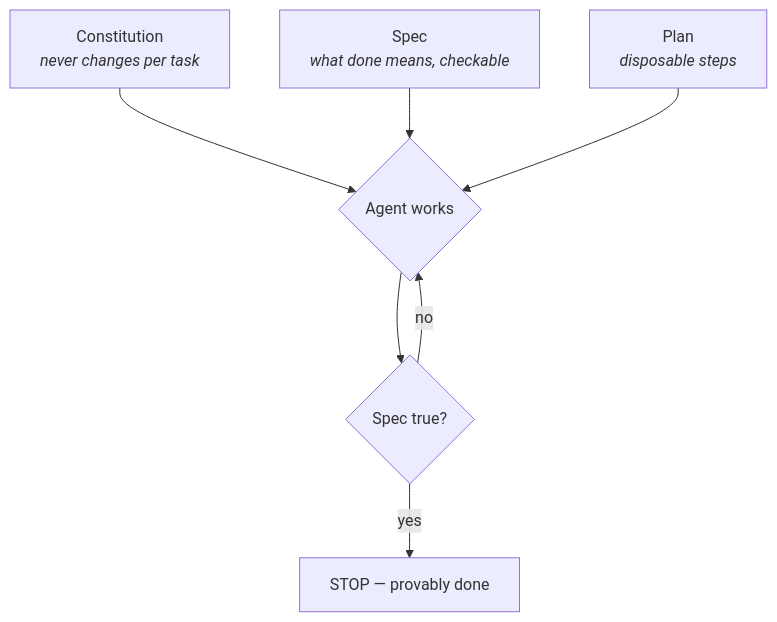
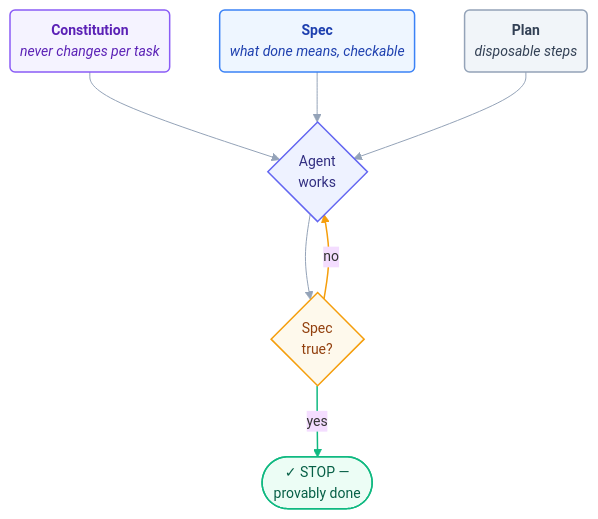
Before and after one commit to ayeshakhalid192007-dev/LoopEngineering-CrashCourse: the diagram in docs/prerequisites/spec-driven-primer.md, drawn with Mermaid. The commit also changed 14 other files, not shown here.

First line of the commit message:
Polish Day 1 mermaid diagrams; log the checker/link-check re-run

````diff
--- a/docs/prerequisites/spec-driven-primer.md
+++ b/docs/prerequisites/spec-driven-primer.md
@@ -29,9 +29,18 @@
 ```mermaid
+%%{init: {'theme':'base','themeVariables':{'fontFamily':'ui-sans-serif, system-ui, sans-serif','fontSize':'14px','lineColor':'#94a3b8'},'flowchart':{'curve':'basis','nodeSpacing':50,'rankSpacing':50,'padding':10}}}%%
 flowchart TD
-    A[Constitution<br/><i>never changes per task</i>] --> D{Agent works}
-    B[Spec<br/><i>what done means, checkable</i>] --> D
-    C[Plan<br/><i>disposable steps</i>] --> D
-    D --> E{Spec true?}
+    A("<b>Constitution</b><br/><i>never changes per task</i>"):::fixed --> D{"Agent<br/>works"}:::work
+    B("<b>Spec</b><br/><i>what done means, checkable</i>"):::spec --> D
+    C("<b>Plan</b><br/><i>disposable steps</i>"):::plan --> D
+    D --> E{"Spec<br/>true?"}:::gate
     E -->|no| D
-    E -->|yes| F[STOP — provably done]
+    E -->|yes| F(["✓ STOP —<br/>provably done"]):::stop
+    classDef fixed fill:#f5f3ff,stroke:#8b5cf6,stroke-width:1.5px,color:#5b21b6;
+    classDef spec fill:#eef6ff,stroke:#3b82f6,stroke-width:1.5px,color:#1e40af;
+    classDef plan fill:#f1f5f9,stroke:#94a3b8,stroke-width:1.5px,color:#334155;
+    classDef work fill:#eef2ff,stroke:#6366f1,stroke-width:1.5px,color:#312e81;
+    classDef gate fill:#fef9ec,stroke:#f59e0b,stroke-width:1.5px,color:#92400e;
+    classDef stop fill:#ecfdf5,stroke:#10b981,stroke-width:1.5px,color:#065f46;
+    linkStyle 4 stroke:#f59e0b,stroke-width:1.5px;
+    linkStyle 5 stroke:#10b981,stroke-width:1.5px;
 ```
````
